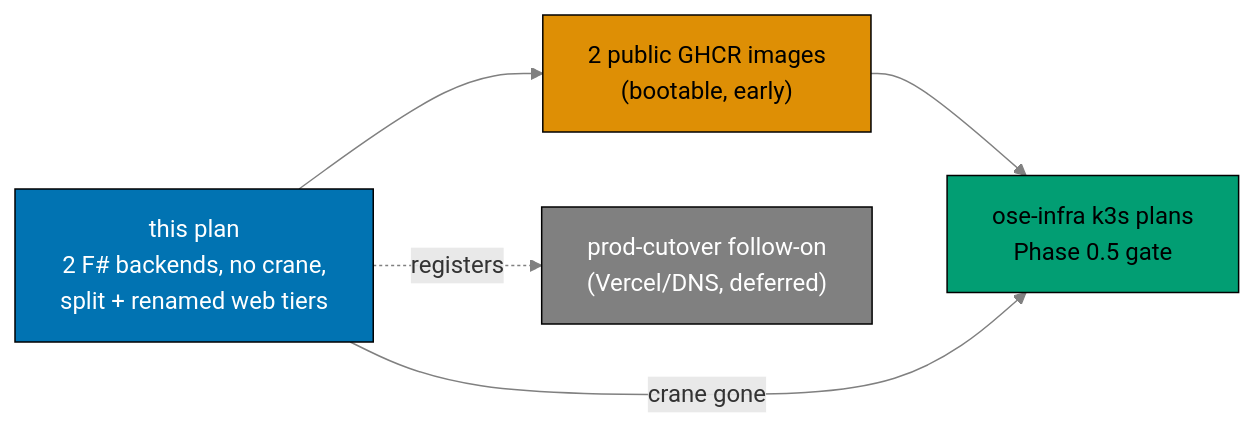
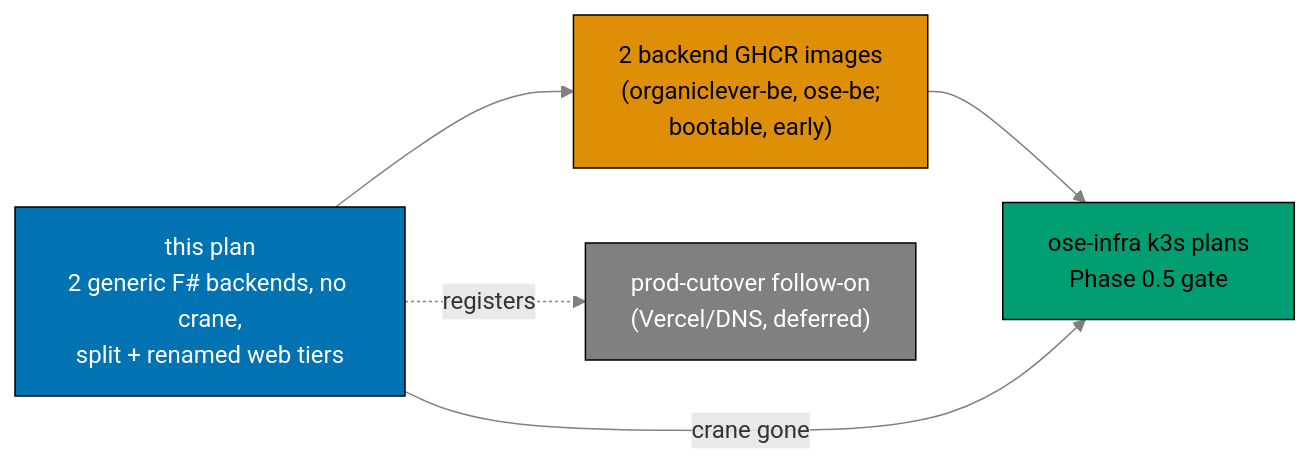
One commit to wahidyankf/baseerah changed the diagram in plans/in-progress/restructure-fsharp-be-and-web-app-tiers/brd.md. Above: the diagram before and after it, drawn with Mermaid. The commit also changed other lines of this file and 22 other files, not shown here.

````diff
--- a/plans/in-progress/restructure-fsharp-be-and-web-app-tiers/brd.md
+++ b/plans/in-progress/restructure-fsharp-be-and-web-app-tiers/brd.md
@@ -10,20 +10,20 @@
 ```mermaid
 %% Color-blind-friendly palette: blue #0173B2, orange #DE8F05, green #029E73, grey #808080
 flowchart LR
-  THIS["this plan<br/>2 F# backends, no crane,<br/>split + renamed web tiers"]
-  GHCR["2 public GHCR images<br/>(bootable, early)"]
+  THIS["this plan<br/>2 generic F# backends, no crane,<br/>split + renamed web tiers"]
+  GHCR["2 backend GHCR images<br/>(organiclever-be, ose-be;<br/>bootable, early)"]
   INFRA["ose-infra k3s plans<br/>Phase 0.5 gate"]
   CUT["prod-cutover follow-on<br/>(Vercel/DNS, deferred)"]
 
   THIS --> GHCR
   GHCR --> INFRA
   THIS -->|crane gone| INFRA
   THIS -.registers.-> CUT
 
   linkStyle default stroke:#808080,stroke-width:1px
 
   style THIS fill:#0173B2,stroke:#000000,color:#FFFFFF
   style GHCR fill:#DE8F05,stroke:#000000,color:#000000
   style INFRA fill:#029E73,stroke:#000000,color:#000000
   style CUT fill:#808080,stroke:#000000,color:#FFFFFF
 ```
````
